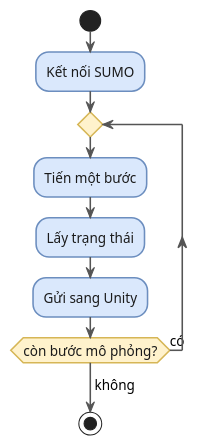
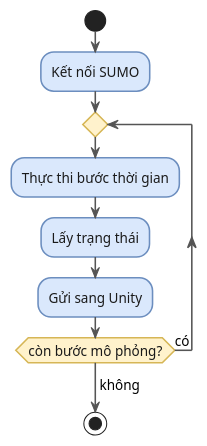
One commit to MinhHoang137/SUMO-GR1 changed the diagram in DiagramsCode/hinh3.2-vong-lap-traci.puml. Above: the diagram before and after it, drawn with PlantUML. The commit also changed 27 other files, not shown here.

```diff
--- a/DiagramsCode/hinh3.2-vong-lap-traci.puml
+++ b/DiagramsCode/hinh3.2-vong-lap-traci.puml
@@ -1,30 +1,30 @@
 @startuml hinh3.2-vong-lap-traci
 
 skinparam defaultFontSize 13
 skinparam defaultFontName Arial
 skinparam ArrowColor #555555
 skinparam ArrowThickness 1.5
 
 skinparam activity {
     BackgroundColor #dae8fc
     BorderColor     #6c8ebf
     BorderThickness 1.5
     FontColor       #1a1a1a
 }
 skinparam activityDiamondBackgroundColor #fff2cc
 skinparam activityDiamondBorderColor     #d6b656
 
 start
 
 :Kết nối SUMO;
 
 repeat
-  :Tiến một bước;
+  :Thực thi bước thời gian;
   :Lấy trạng thái;
   :Gửi sang Unity;
 repeat while (còn bước mô phỏng?) is (có)
 ->không;
 
 stop
 
 @enduml
```
